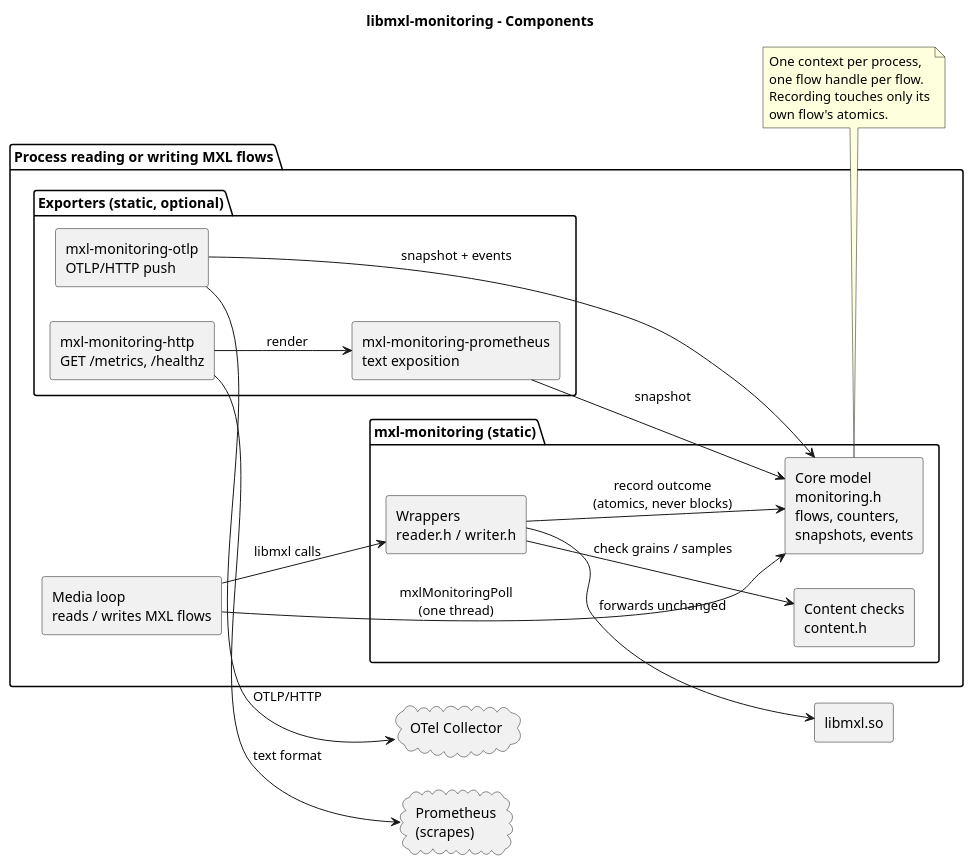
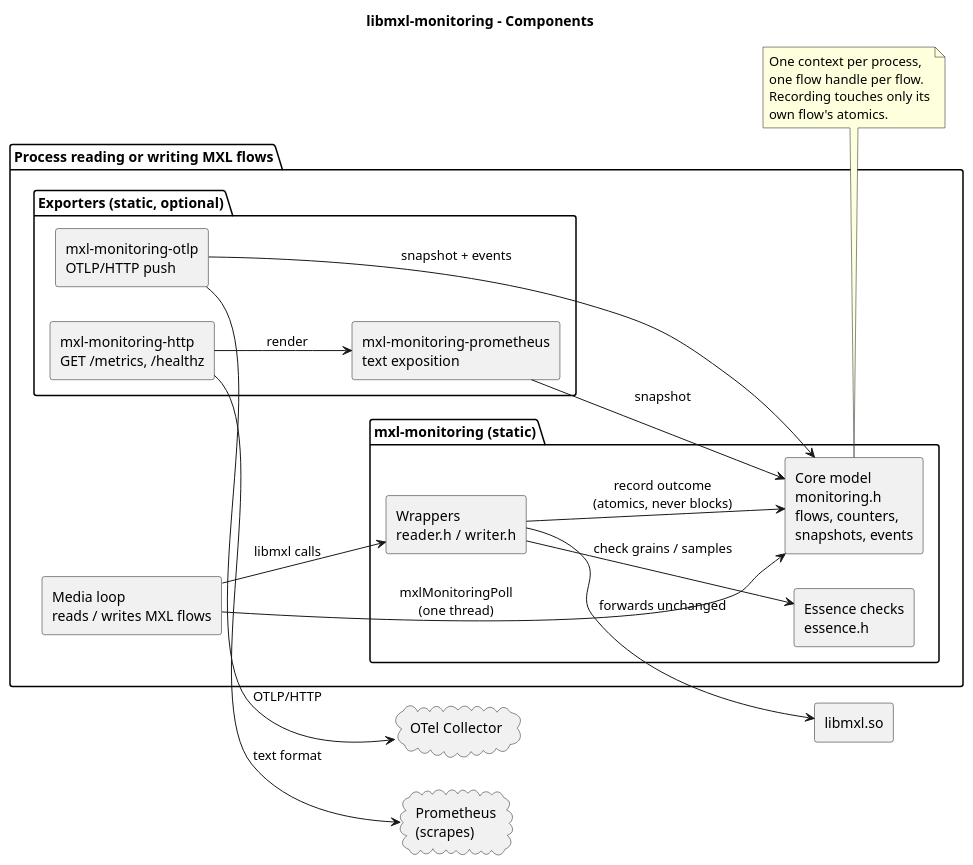
One commit to marquies/libmxl-monitoring changed the diagram in docs/components.puml. Above: the diagram before and after it, drawn with PlantUML. The commit also changed 35 other files, not shown here.

```diff
--- a/docs/components.puml
+++ b/docs/components.puml
@@ -1,40 +1,40 @@
 @startuml
 title libmxl-monitoring - Components
 skinparam componentStyle rectangle
 left to right direction
 
 package "Process reading or writing MXL flows" {
   [Media loop\nreads / writes MXL flows] as Loop
   package "mxl-monitoring (static)" {
     [Wrappers\nreader.h / writer.h] as Wrap
-    [Content checks\ncontent.h] as Content
+    [Essence checks\nessence.h] as Essence
     [Core model\nmonitoring.h\nflows, counters,\nsnapshots, events] as Core
   }
   package "Exporters (static, optional)" {
     [mxl-monitoring-prometheus\ntext exposition] as Prom
     [mxl-monitoring-http\nGET /metrics, /healthz] as Http
     [mxl-monitoring-otlp\nOTLP/HTTP push] as Otlp
   }
 }
 [libmxl.so] as Mxl
 cloud "Prometheus\n(scrapes)" as PromBackend
 cloud "OTel Collector" as Collector
 
 Loop --> Wrap : libmxl calls
 Wrap --> Mxl : forwards unchanged
-Wrap --> Content : check grains / samples
+Wrap --> Essence : check grains / samples
 Wrap --> Core : record outcome\n(atomics, never blocks)
 Loop --> Core : mxlMonitoringPoll\n(one thread)
 Prom --> Core : snapshot
 Http --> Prom : render
 Otlp --> Core : snapshot + events
 Http --> PromBackend : text format
 Otlp --> Collector : OTLP/HTTP
 
 note bottom of Core
   One context per process,
   one flow handle per flow.
   Recording touches only its
   own flow's atomics.
 end note
 @enduml
```
